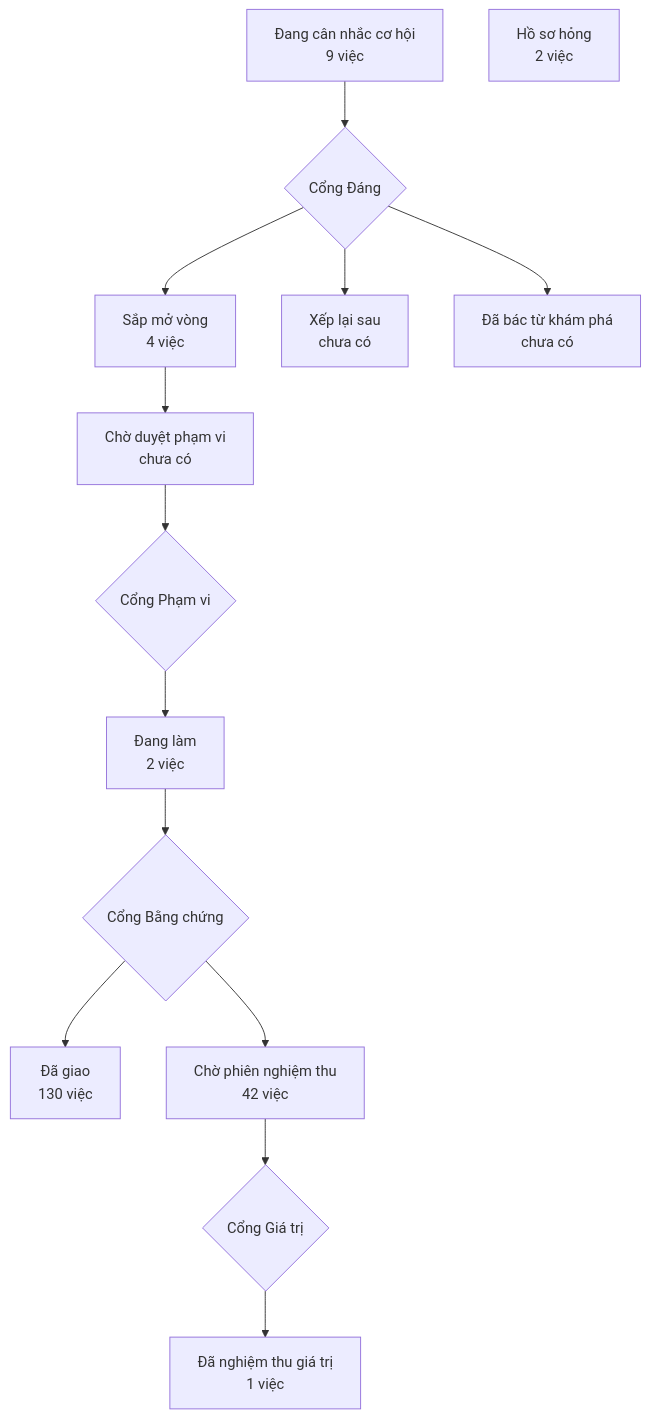
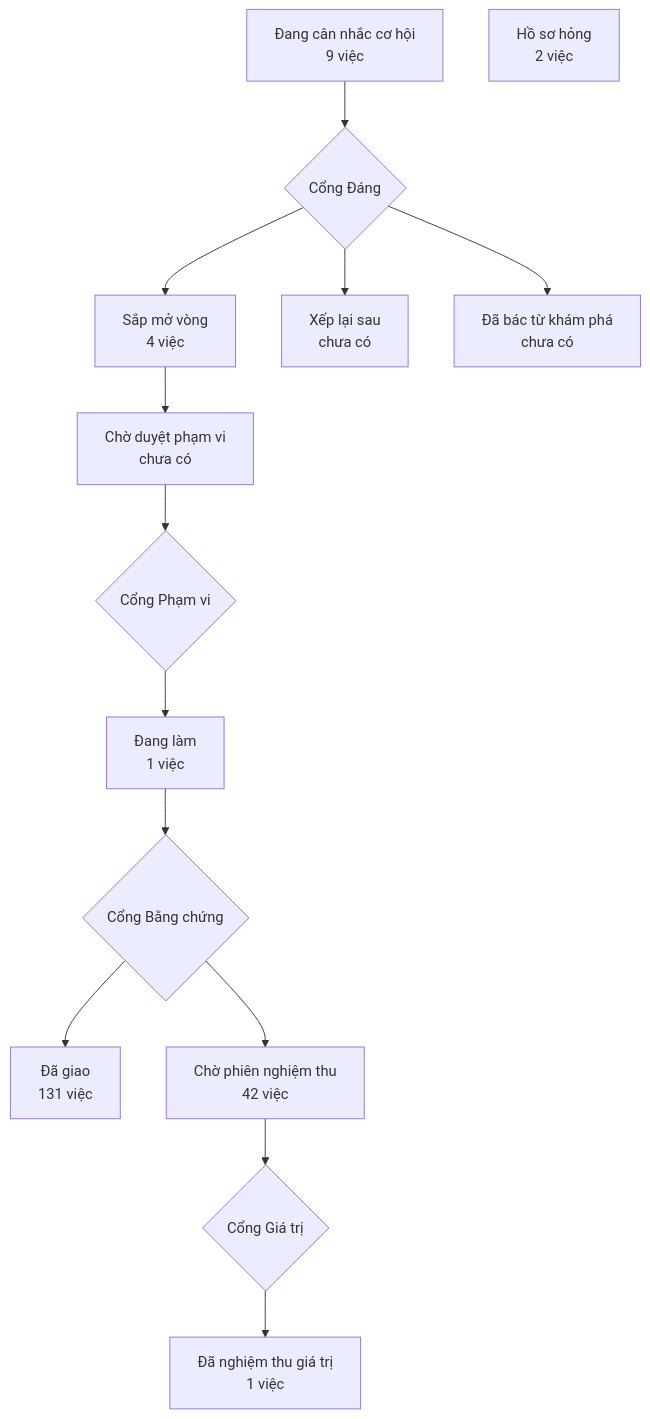
The diagram in PRODUCT-MAP.md (phanlemanh/crm-onehub), drawn with Mermaid before and after one commit. The commit also changed 3 other files, not shown here.

````diff
--- a/PRODUCT-MAP.md
+++ b/PRODUCT-MAP.md
@@ -7,13 +7,13 @@
 ```mermaid
 flowchart TD
   A["Đang cân nhắc cơ hội<br/>9 việc"] --> GD{"Cổng Đáng"}
   GD --> B["Sắp mở vòng<br/>4 việc"]
   GD --> XL["Xếp lại sau<br/>chưa có"]
   GD --> DB["Đã bác từ khám phá<br/>chưa có"]
   B --> CD["Chờ duyệt phạm vi<br/>chưa có"] --> GP{"Cổng Phạm vi"}
-  GP --> DL["Đang làm<br/>2 việc"] --> GB{"Cổng Bằng chứng"}
-  GB --> DG["Đã giao<br/>130 việc"]
+  GP --> DL["Đang làm<br/>1 việc"] --> GB{"Cổng Bằng chứng"}
+  GB --> DG["Đã giao<br/>131 việc"]
   GB --> CN["Chờ phiên nghiệm thu<br/>42 việc"] --> GG{"Cổng Giá trị"}
   GG --> NT["Đã nghiệm thu giá trị<br/>1 việc"]
   HS["Hồ sơ hỏng<br/>2 việc"]
 ```
````
